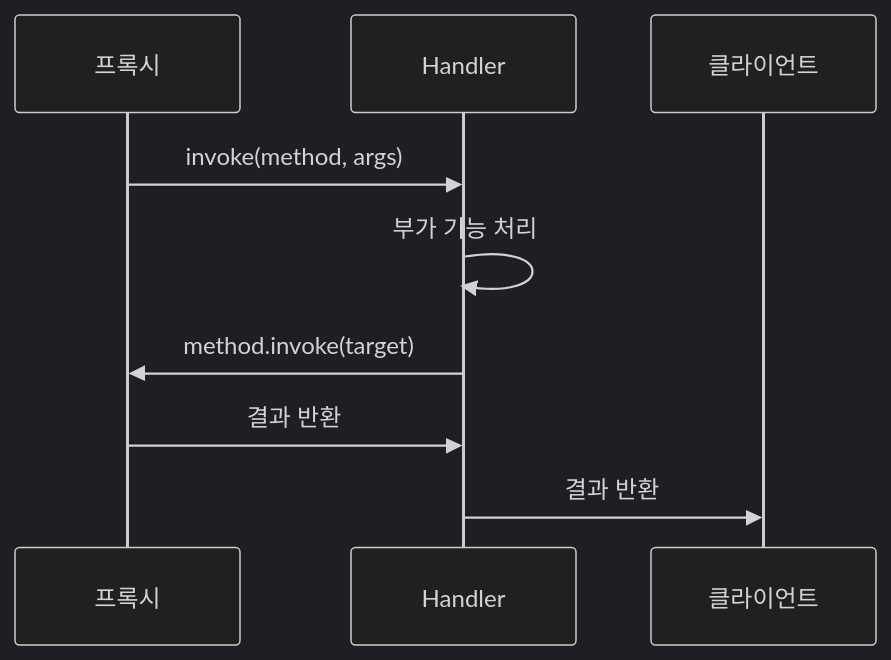
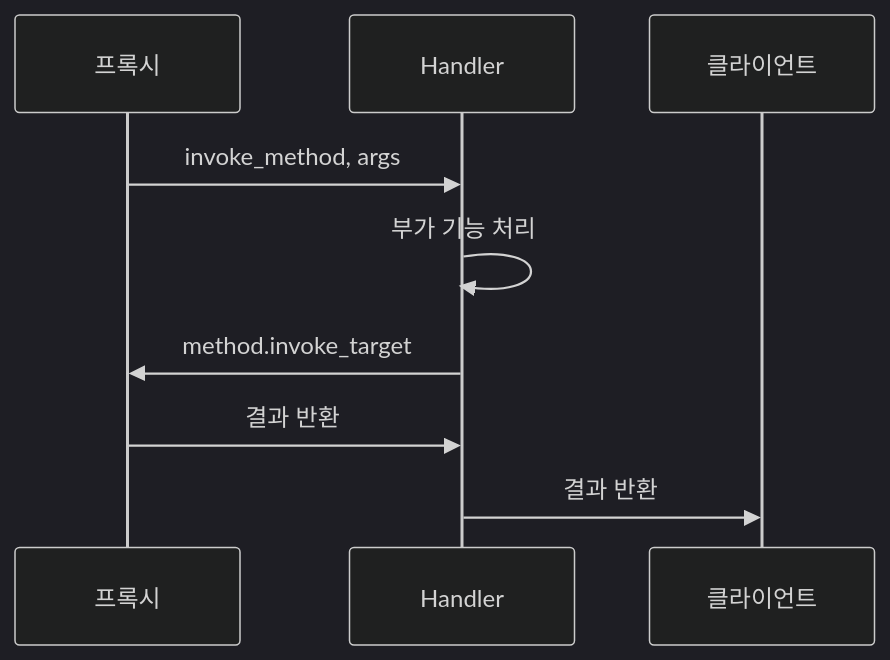
One commit to yjkim2015/yjkim2015.github.io changed the third of 4 diagrams in _posts/java/2026-05-01-java-reflection.md. Above: the diagram before and after it, drawn with Mermaid (dark theme). The commit also changed 85 other files, not shown here.

First line of the commit message:
sequenceDiagram 문법 에러 2차 수정 169개 (86파일)

````diff
--- a/_posts/java/2026-05-01-java-reflection.md
+++ b/_posts/java/2026-05-01-java-reflection.md
@@ -753,8 +753,8 @@
 ```mermaid
 sequenceDiagram
-    프록시->>Handler: invoke(method, args)
+    프록시->>Handler: invoke_method, args
     Handler->>Handler: 부가 기능 처리
-    Handler->>프록시: method.invoke(target)
+    Handler->>프록시: method.invoke_target
     프록시->>Handler: 결과 반환
     Handler->>클라이언트: 결과 반환
 ```
````
